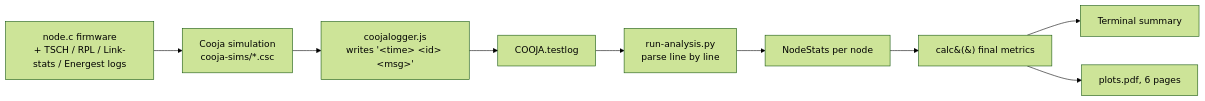
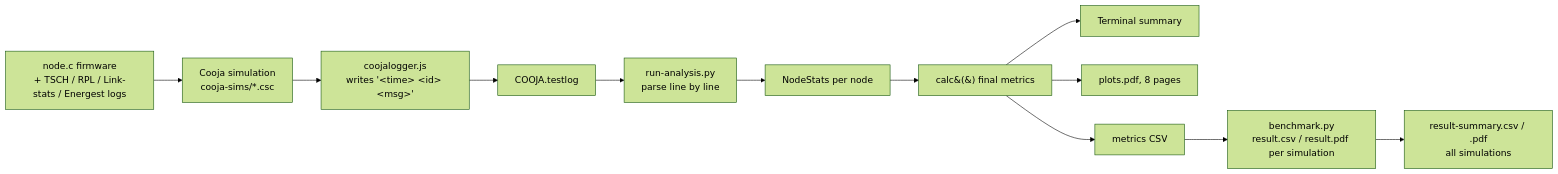
Before and after one commit to praveenraj-rs/contiki-ng: the diagram in examples/benchmarks/benchmark-tests/benchmark-plot.md, drawn with Mermaid (forest theme). The commit also changed other lines of this file and 1 other file, not shown here.

Commit message:
feat: enhance benchmark analysis with combined summary output and new metrics

````diff
--- a/examples/benchmarks/benchmark-tests/benchmark-plot.md
+++ b/examples/benchmarks/benchmark-tests/benchmark-plot.md
@@ -7,11 +7,14 @@
 ```mermaid
 flowchart LR
     A[node.c firmware<br/>+ TSCH / RPL / Link-stats / Energest logs] --> B[Cooja simulation<br/>cooja-sims/*.csc]
     B --> C[coojalogger.js<br/>writes '&lt;time&gt; &lt;id&gt; &lt;msg&gt;']
     C --> D[COOJA.testlog]
     D --> E[run-analysis.py<br/>parse line by line]
     E --> F[NodeStats per node]
     F --> G[calc&#40;&#41; final metrics]
     G --> H[Terminal summary]
-    G --> I[plots.pdf, 6 pages]
+    G --> I[plots.pdf, 8 pages]
+    G --> J[metrics CSV]
+    J --> K[benchmark.py<br/>result.csv / result.pdf per simulation]
+    K --> L[result-summary.csv / .pdf<br/>all simulations]
 ```
````
